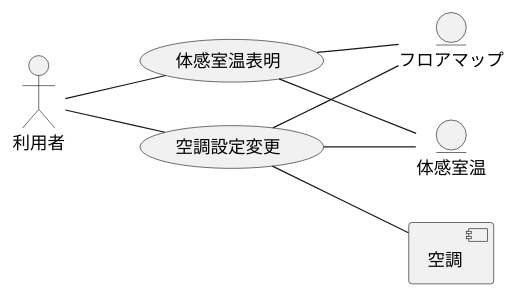
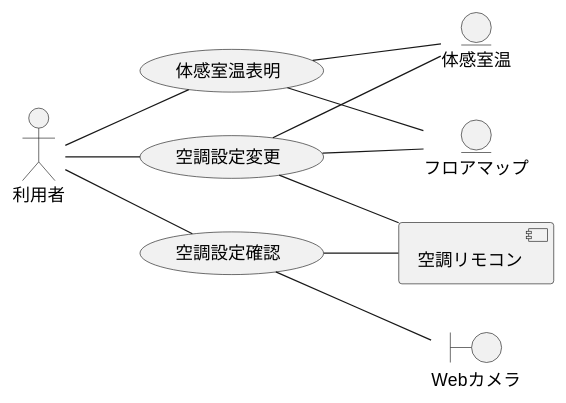
Before and after one commit to kkismd/document-template: the diagram in user-buc.puml, drawn with PlantUML. The commit also changed 10 other files, not shown here.

```diff
--- a/user-buc.puml
+++ b/user-buc.puml
@@ -1,19 +1,24 @@
 @startuml
 left to right direction
 
 actor 利用者
 usecase 体感室温表明
 usecase 空調設定変更
 entity 体感室温
 entity フロアマップ
-component 空調
+component 空調リモコン
+usecase 空調設定確認
+boundary Webカメラ
 
 利用者 -- 体感室温表明
 体感室温表明 -- 体感室温
 体感室温表明 -- フロアマップ
+利用者 -- 空調設定確認
 利用者 -- 空調設定変更
 空調設定変更 -- フロアマップ
 空調設定変更 -- 体感室温
-空調設定変更 -- 空調
+空調設定変更 -- 空調リモコン
+空調設定確認 -- 空調リモコン
+空調設定確認 -- Webカメラ
 
 @enduml
```
